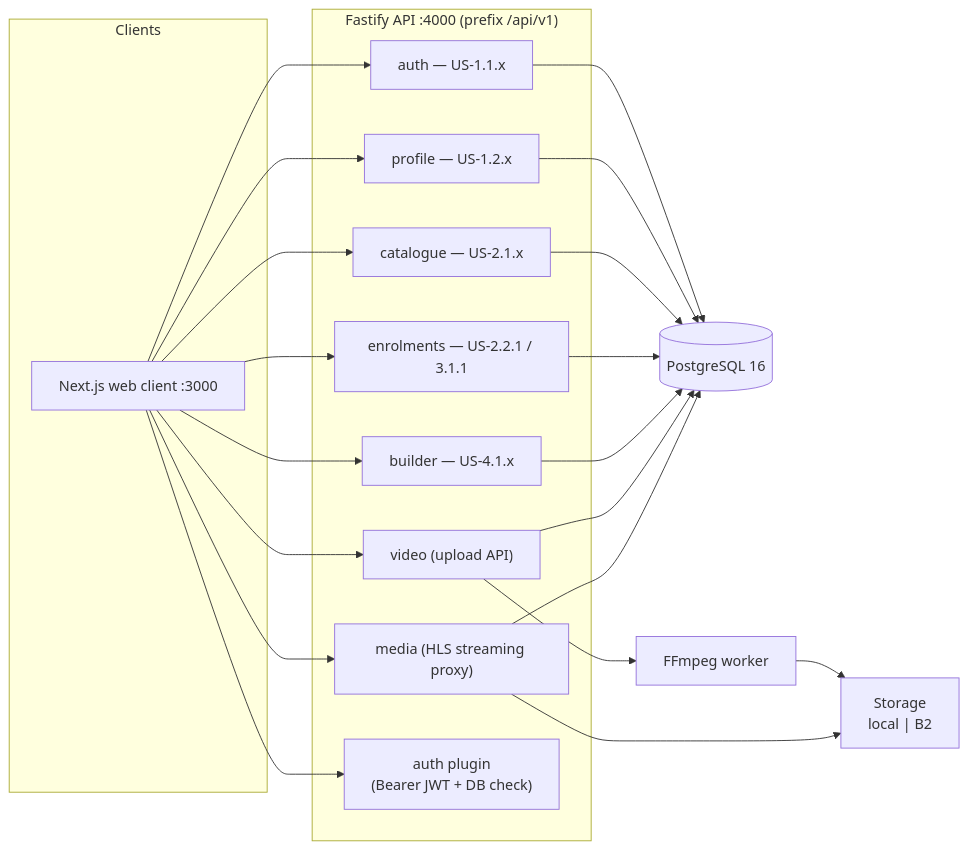
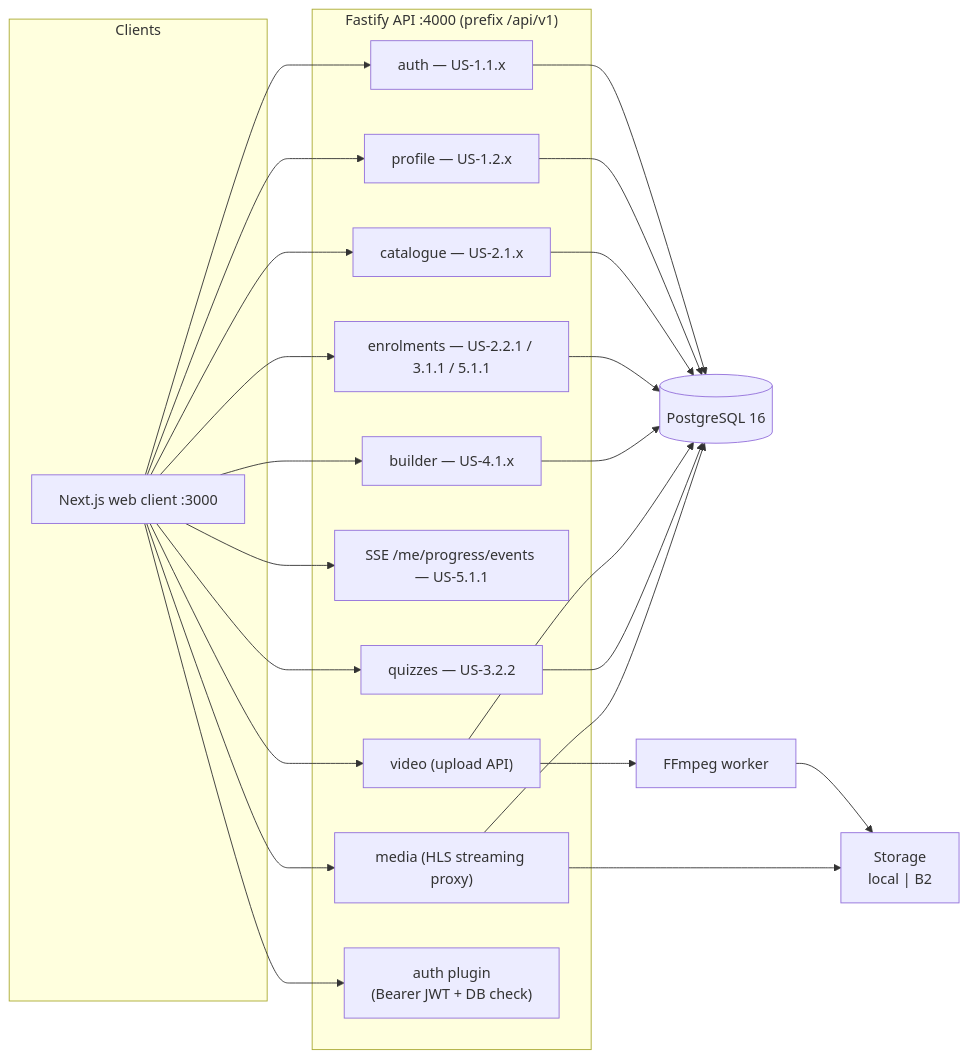
One commit to Godwin-88/laughing-waffle changed the first of 7 diagrams in docs/architecture.md. Above: the diagram before and after it, drawn with Mermaid. The commit also changed other lines of this file and 21 other files, not shown here.

First line of the commit message:
feat(api,web): add graded module quizzes and real-time progress engine (US-3.2.2, US-5.1.1)

````diff
--- a/docs/architecture.md
+++ b/docs/architecture.md
@@ -16,30 +17,33 @@
 ```mermaid
 flowchart LR
     subgraph Clients
         NEXT["Next.js web client :3000"]
     end
 
     subgraph Gateway["Fastify API :4000  (prefix /api/v1)"]
         AUTH["auth — US-1.1.x"]
         PROF["profile — US-1.2.x"]
         CAT["catalogue — US-2.1.x"]
-        ENR["enrolments — US-2.2.1 / 3.1.1"]
+        ENR["enrolments — US-2.2.1 / 3.1.1 / 5.1.1"]
+        QUIZ["quizzes — US-3.2.2"]
+        SSE["SSE /me/progress/events — US-5.1.1"]
         VID["video (upload API)"]
         MEDIA["media (HLS streaming proxy)"]
         BLD["builder — US-4.1.x"]
         AUTH_PLUGIN["auth plugin<br/>(Bearer JWT + DB check)"]
     end
 
     NEXT --> AUTH_PLUGIN
-    NEXT --> AUTH & PROF & CAT & ENR & VID & MEDIA & BLD
+    NEXT --> AUTH & PROF & CAT & ENR & VID & MEDIA & BLD & QUIZ & SSE
 
     AUTH & PROF --> PG[("PostgreSQL 16")]
     CAT --> PG
     ENR --> PG
     BLD --> PG
     VID --> PG
+    QUIZ --> PG
     MEDIA --> PG
     VID --> TRANSCODER["FFmpeg worker"]
     TRANSCODER --> STORE["Storage<br/>local | B2"]
     MEDIA --> STORE
 ```
````
